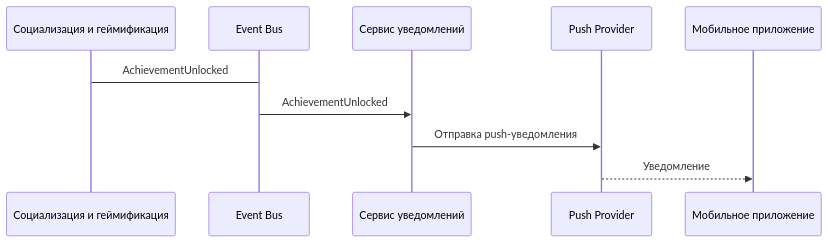
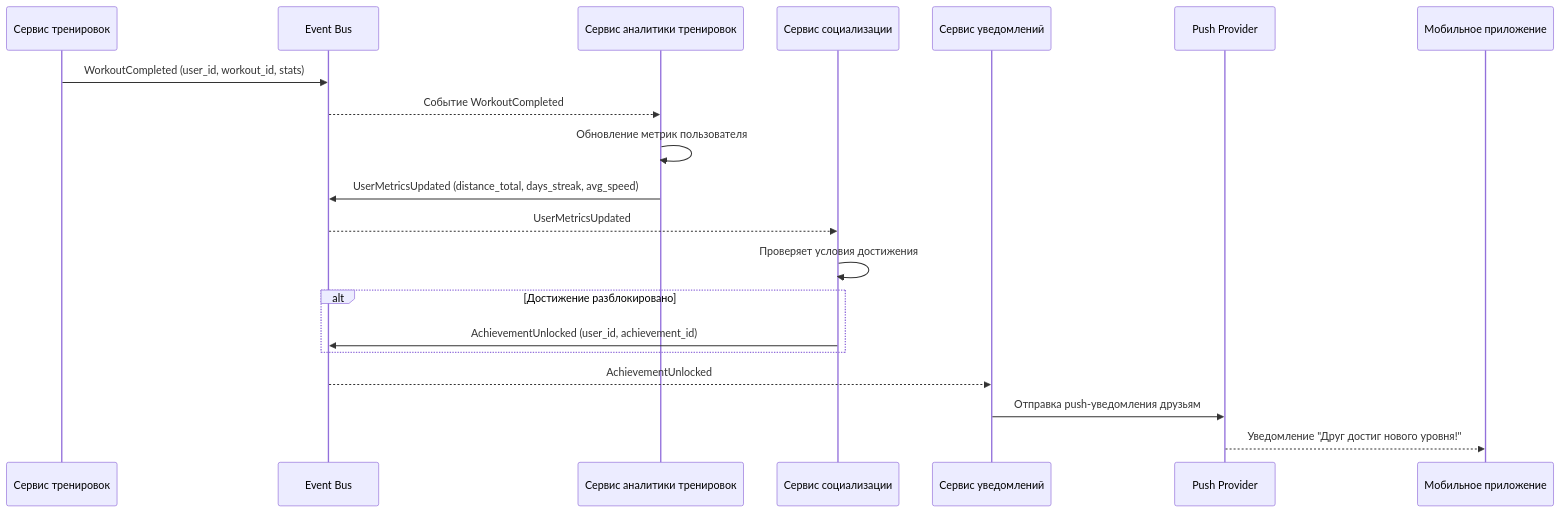
Before and after one commit to andreyantropov/architect-coursework: the diagram in architecture/application-usage-scenarios/achievments-push-notifications.md, drawn with Mermaid. The commit also changed other lines of this file and 4 other files, not shown here.

````diff
--- a/architecture/application-usage-scenarios/achievments-push-notifications.md
+++ b/architecture/application-usage-scenarios/achievments-push-notifications.md
@@ -3,14 +3,25 @@
 ```mermaid
 sequenceDiagram
-
-    participant SG as Социализация и геймификация
+    participant W as Сервис тренировок
     participant E as Event Bus
+    participant A as Сервис аналитики тренировок
+    participant SG as Сервис социализации
     participant N as Сервис уведомлений
     participant P as Push Provider
     participant M as Мобильное приложение
 
-    SG->E: AchievementUnlocked
-    E->>N: AchievementUnlocked
-    N->>P: Отправка push-уведомления
-    P-->>M: Уведомление
+    W->>E: WorkoutCompleted (user_id, workout_id, stats)
+    E-->>A: Событие WorkoutCompleted
+    A->>A: Обновление метрик пользователя
+    A->>E: UserMetricsUpdated (distance_total, days_streak, avg_speed)
+
+    E-->>SG: UserMetricsUpdated
+    SG->>SG: Проверяет условия достижения
+    alt Достижение разблокировано
+        SG->>E: AchievementUnlocked (user_id, achievement_id)
+    end
+
+    E-->>N: AchievementUnlocked
+    N->>P: Отправка push-уведомления друзьям
+    P-->>M: Уведомление "Друг достиг нового уровня!"
 ```
````
